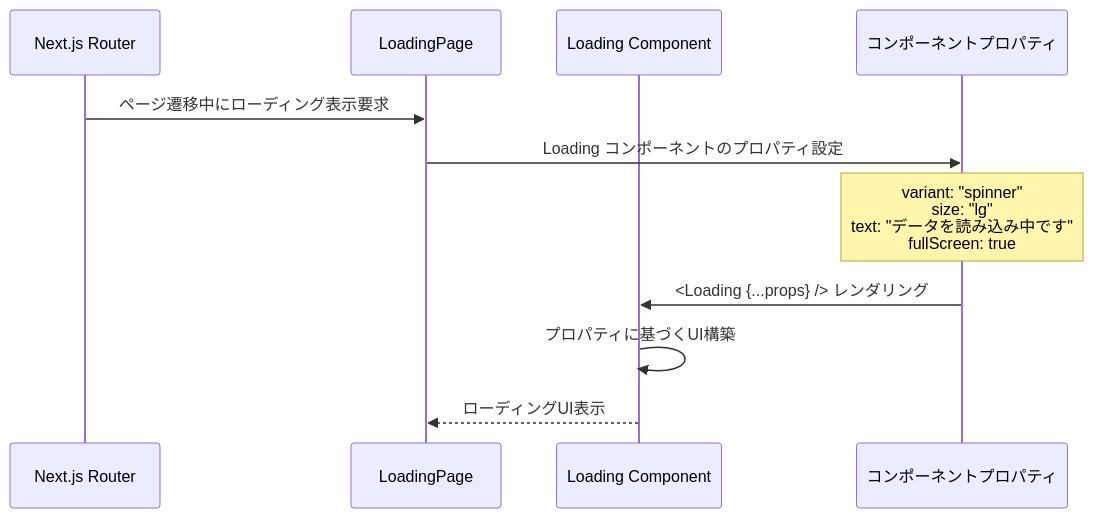
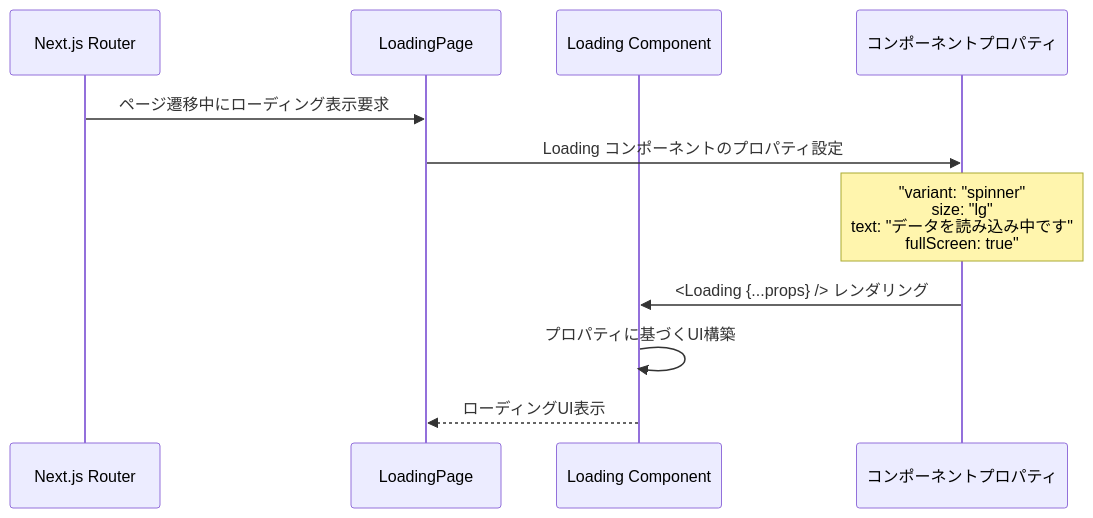
One commit to wasabi49/ocs-systemDevelopmentExercises changed the first of 9 diagrams in document/pages/sequence/loading.md. Above: the diagram before and after it, drawn with Mermaid. The commit also changed other lines of this file and 42 other files, not shown here.

First line of the commit message:
fix: mermaidシーケンス図のNote over文でダブルクォーテーション不足を修正

````diff
--- a/document/pages/sequence/loading.md
+++ b/document/pages/sequence/loading.md
@@ -8,15 +8,15 @@
 ```mermaid
 sequenceDiagram
     participant NextJS as Next.js Router
     participant LoadingPage as LoadingPage
     participant LoadingComp as Loading Component
     participant Props as コンポーネントプロパティ
 
     NextJS->>LoadingPage: ページ遷移中にローディング表示要求
     LoadingPage->>Props: Loading コンポーネントのプロパティ設定
-    Note over Props: variant: "spinner"<br/>size: "lg"<br/>text: "データを読み込み中です"<br/>fullScreen: true
+    Note over Props: "variant: "spinner"<br/>size: "lg"<br/>text: "データを読み込み中です"<br/>fullScreen: true"
     
     Props->>LoadingComp: <Loading {...props} /> レンダリング
     LoadingComp->>LoadingComp: プロパティに基づくUI構築
     LoadingComp-->>LoadingPage: ローディングUI表示
 ```
````
